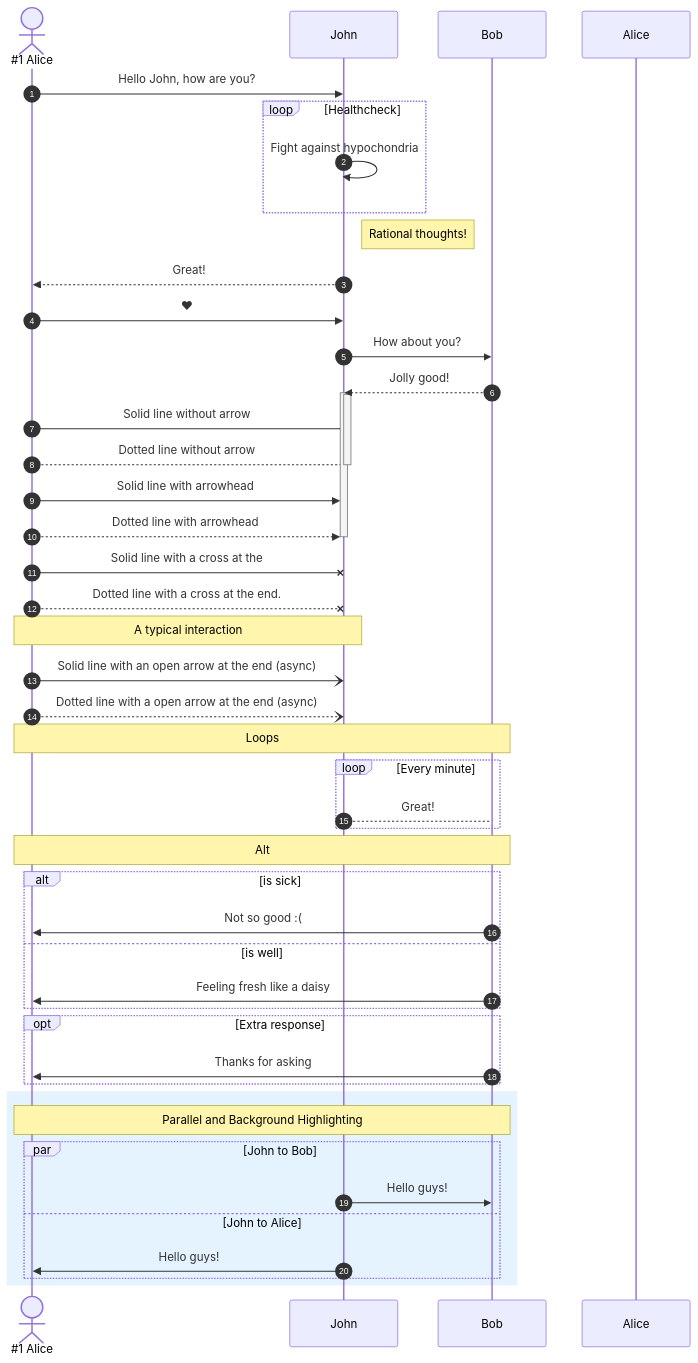
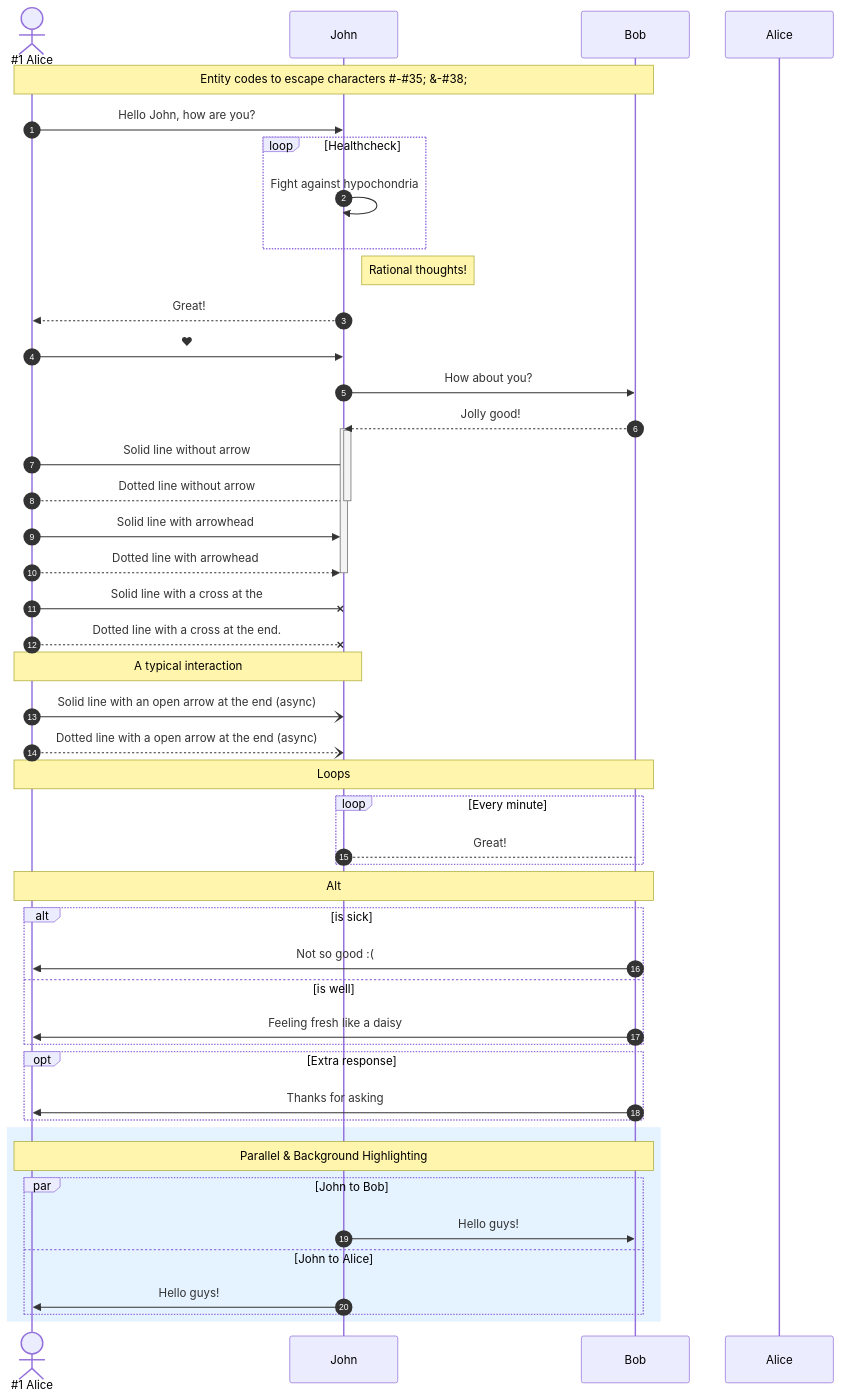
The sixth of 6 diagrams in README-template.md (sdzialowski-godaddy/mermaid), drawn with Mermaid before and after one commit. The commit also changed other lines of this file and 1 other file, not shown here.

Commit message:
sequenceDiagram

````diff
--- a/README-template.md
+++ b/README-template.md
@@ -122,58 +122,58 @@
 ```mermaid
 sequenceDiagram
     autonumber
     actor A as #35;1 Alice
     participant J as John
     participant B as Bob
     link Alice: Dashboard @ https://dashboard.contoso.com/alice
+Note over A,B: Entity codes to escape characters #35;-#35;35#59; #38;-#35;38#59;
+
 A->>J: Hello John, how are you?
 loop Healthcheck
     J->>J: Fight against hypochondria
 end
 Note right of J: Rational thoughts!
 J-->>A: Great!
 A->>J: #9829;
 J->>B: How about you?
 B-->>J: Jolly good!
 %% this is a comment
 activate J
 activate J
 A->J: Solid line without arrow
 A-->J: Dotted line without arrow
 deactivate J
 A->>J: Solid line with arrowhead
 A-->>J: Dotted line with arrowhead
 deactivate J
-A-xJ: Solid line with a cross at the 
+A-xJ: Solid line with a cross at the
 A--xJ: Dotted line with a cross at the end.
 Note over J,A: A typical interaction
 A-)J: Solid line with an open arrow at the end (async)
 A--)J: Dotted line with a open arrow at the end (async)
 
 Note over A,B: Loops
   loop Every minute
       J-->B: Great!
   end
 
 Note over A,B: Alt
   alt is sick
       B->>A: Not so good :(
   else is well
       B->>A: Feeling fresh like a daisy
   end
 
   opt Extra response
       B->>A: Thanks for asking
   end
 
 rect rgb(191, 223, 255, 0.4)
-Note over A,B: Parallel and Background Highlighting
+Note over A,B: Parallel #38; Background Highlighting
     par John to Bob
         J->>B: Hello guys!
     and John to Alice
         J->>A: Hello guys!
     end
 end
-
-
 ```
````
